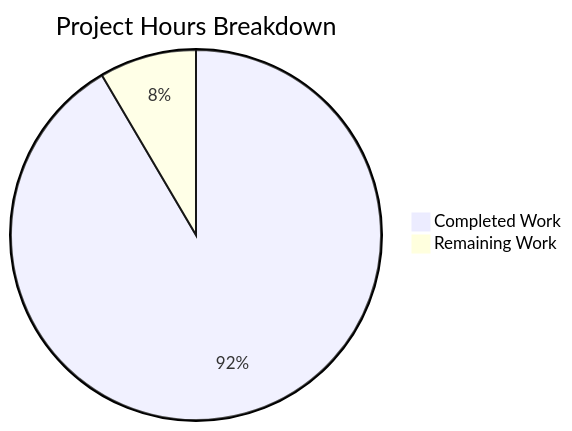
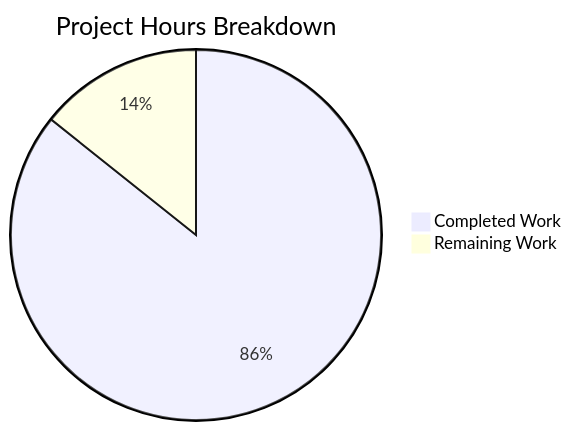
One commit to lakshya-blitzy/hello_world_Oct_2025 changed the second of 2 diagrams in blitzy/documentation/Project Guide.md. Above: the diagram before and after it, drawn with Mermaid. The commit also changed other lines of this file, not shown here.

Commit message:
Adding Blitzy Project Guide: Project Status and Human Tasks Remaining

````diff
--- a/blitzy/documentation/Project Guide.md
+++ b/blitzy/documentation/Project Guide.md
@@ -78,5 +190,5 @@
 ```mermaid
 pie title Project Hours Breakdown
-    "Completed Work" : 27
-    "Remaining Work" : 2.5
+    "Completed Work" : 30
+    "Remaining Work" : 5
 ```
````
